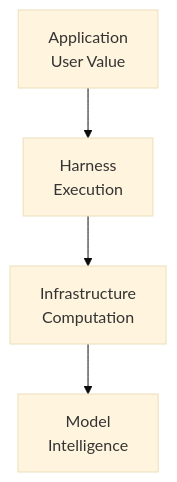
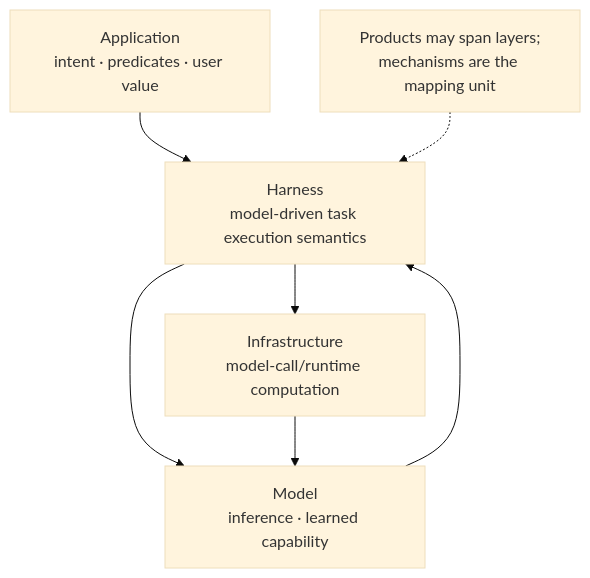
One commit to warlockee/4c-harness changed the diagram in assets/diagrams/stack.mmd. Above: the diagram before and after it, drawn with Mermaid (base theme). The commit also changed 59 other files, not shown here.

```diff
--- a/assets/diagrams/stack.mmd
+++ b/assets/diagrams/stack.mmd
@@ -1,4 +1,14 @@
 flowchart TB
-    A[Application<br/>User Value] --> H[Harness<br/>Execution]
-    H --> I[Infrastructure<br/>Computation]
-    I --> M[Model<br/>Intelligence]
+    A[Application<br/>intent · predicates · user value]
+    H[Harness<br/>model-driven task execution semantics]
+    I[Infrastructure<br/>model-call/runtime computation]
+    M[Model<br/>inference · learned capability]
+
+    A --> H
+    H --> M
+    M --> H
+    H --> I
+    I --> M
+
+    N[Products may span layers;<br/>mechanisms are the mapping unit]
+    N -.-> H
```
